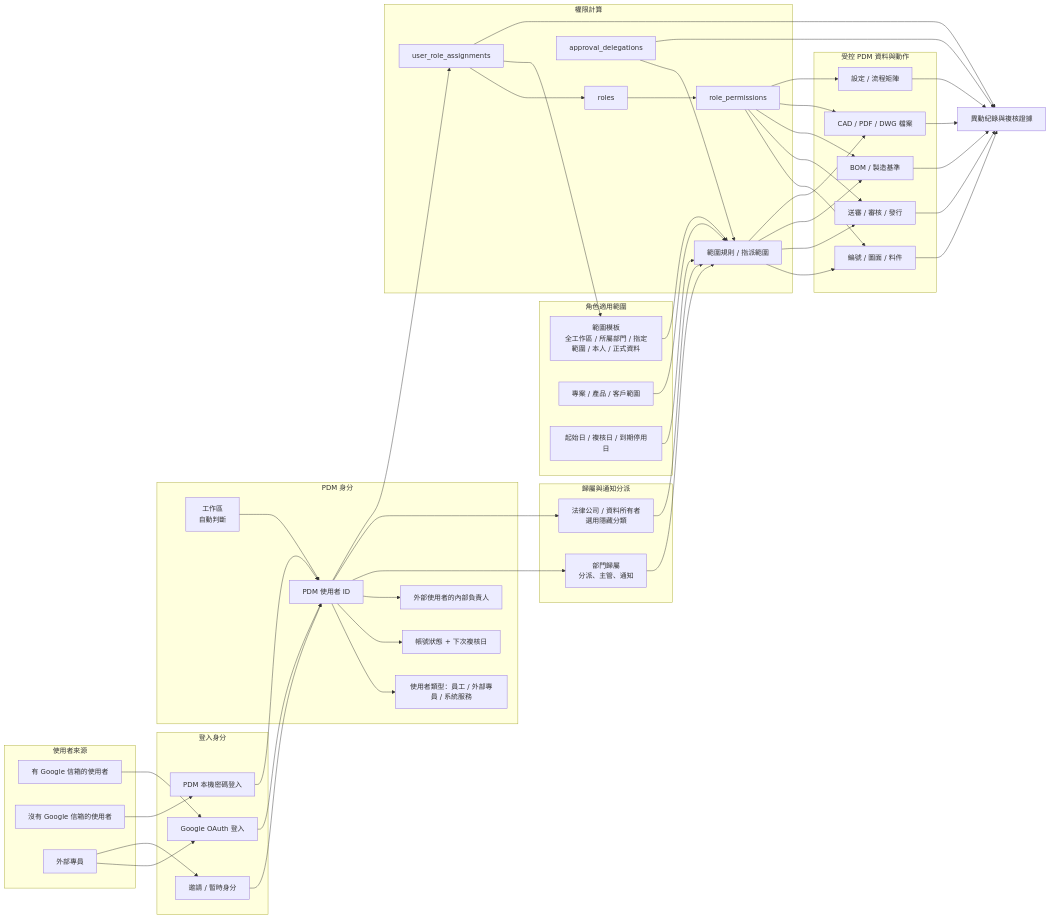
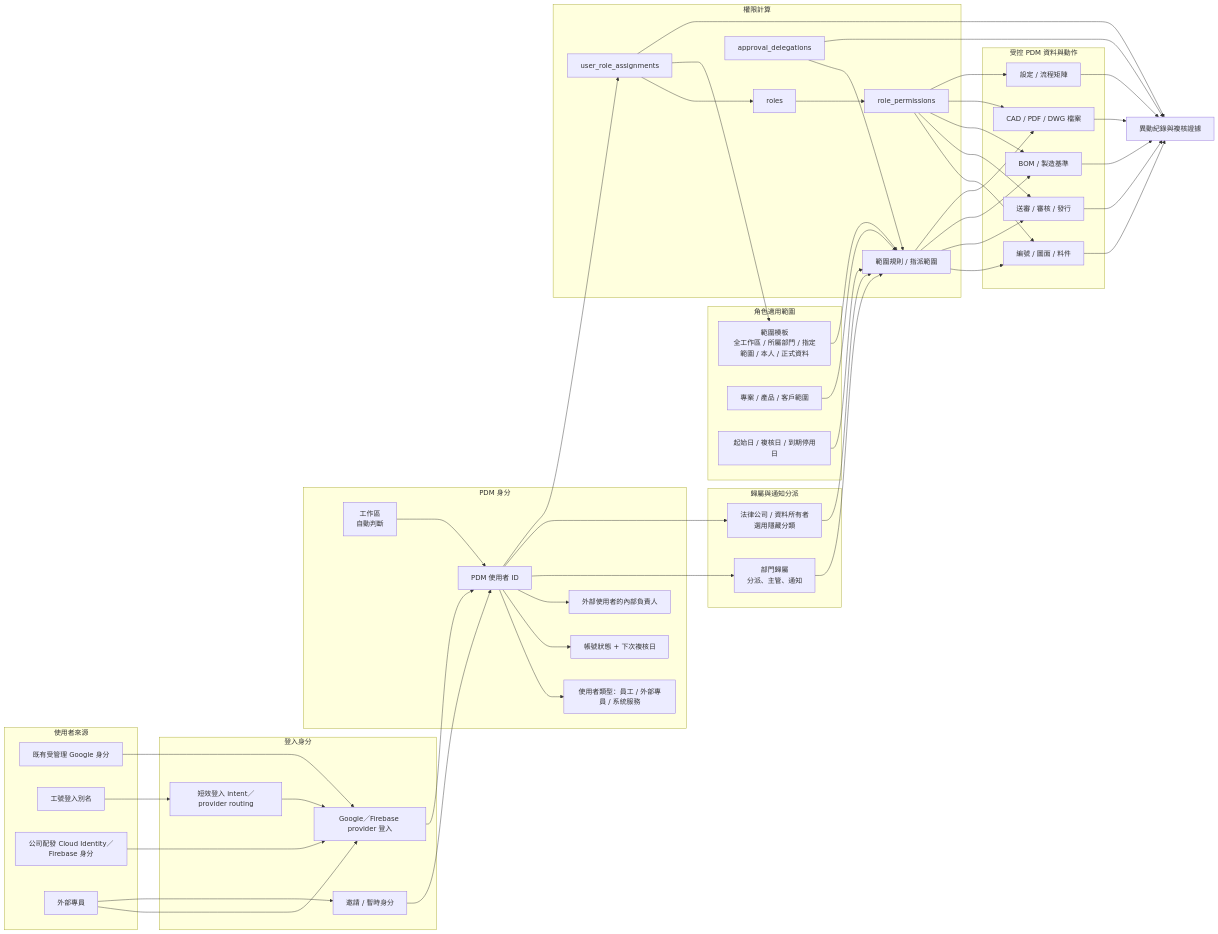
Before and after one commit to jedchang0308-jenfu/AI-PDM: the diagram in .ai-doc/specs/SPEC-PDM-ACCESS-CONTROL-001-user-identity-permission-architecture.md, drawn with Mermaid. The commit also changed other lines of this file and 295 other files, not shown here.

````diff
--- a/.ai-doc/specs/SPEC-PDM-ACCESS-CONTROL-001-user-identity-permission-architecture.md
+++ b/.ai-doc/specs/SPEC-PDM-ACCESS-CONTROL-001-user-identity-permission-architecture.md
@@ -154,14 +158,15 @@
 ```mermaid
 flowchart LR
   subgraph Sources["使用者來源"]
-    Google["有 Google 信箱的使用者"]
-    Local["沒有 Google 信箱的使用者"]
+    Google["既有受管理 Google 身分"]
+    Alias["工號登入別名"]
+    Managed["公司配發 Cloud Identity／Firebase 身分"]
     External["外部專員"]
   end
 
   subgraph Auth["登入身分"]
-    OAuth["Google OAuth 登入"]
-    Password["PDM 本機密碼登入"]
+    OAuth["Google／Firebase provider 登入"]
+    AliasIntent["短效登入 intent／provider routing"]
     Invite["邀請 / 暫時身分"]
   end
 
@@ -203,7 +208,8 @@
   Audit["異動紀錄與複核證據"]
 
   Google --> OAuth --> User
-  Local --> Password --> User
+  Alias --> AliasIntent --> OAuth
+  Managed --> OAuth
   External --> OAuth
   External --> Invite
   Invite --> User
````
